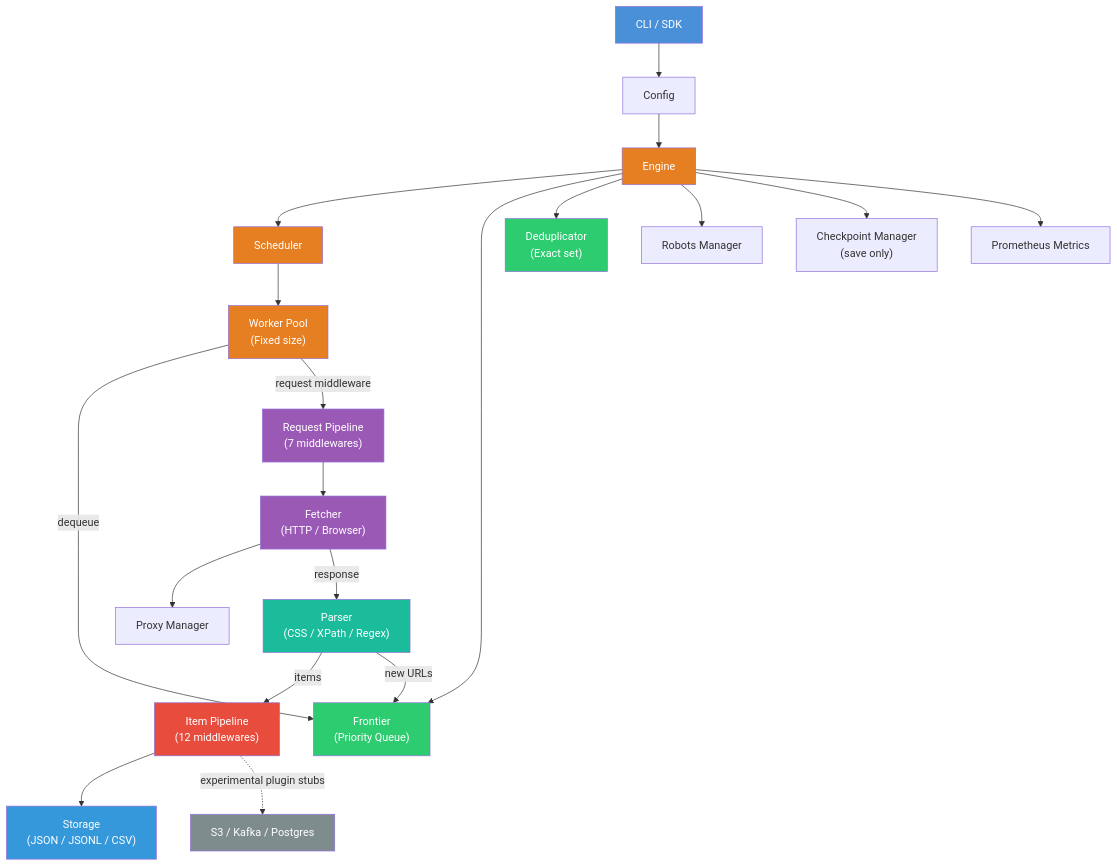
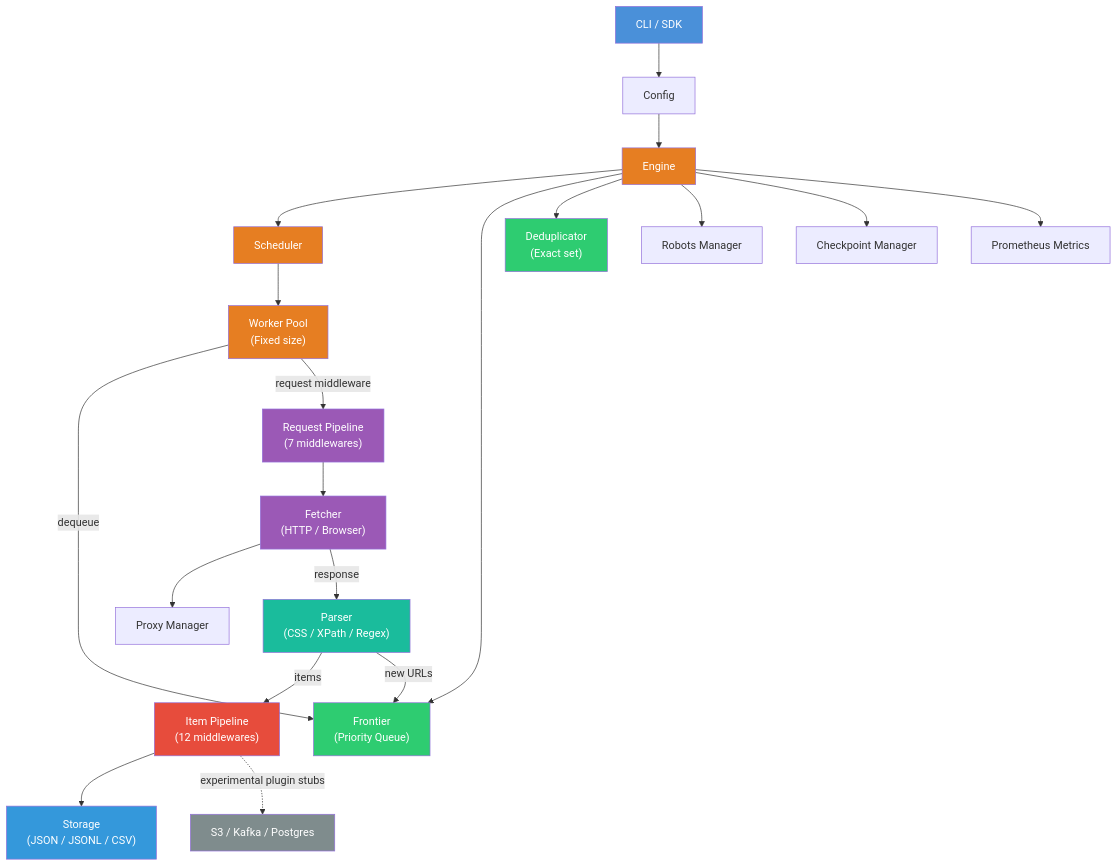
Before and after one commit to IshaanNene/ScrapeGoat: the diagram in README.md, drawn with Mermaid. The commit also changed other lines of this file and 6 other files, not shown here.

````diff
--- a/README.md
+++ b/README.md
@@ -69,34 +69,34 @@
 ```mermaid
 graph TD
     CLI["CLI / SDK"] --> CFG["Config"]
     CFG --> ENG["Engine"]
     ENG --> SCH["Scheduler"]
     ENG --> FRT["Frontier<br>(Priority Queue)"]
     ENG --> DDP["Deduplicator<br>(Exact set)"]
     ENG --> RBT["Robots Manager"]
-    ENG --> CHK["Checkpoint Manager<br>(save only)"]
+    ENG --> CHK["Checkpoint Manager"]
     ENG --> MET["Prometheus Metrics"]
     SCH --> WRK["Worker Pool<br>(Fixed size)"]
     WRK -->|"dequeue"| FRT
     WRK -->|"request middleware"| MID["Request Pipeline<br>(7 middlewares)"]
     MID --> FET["Fetcher<br>(HTTP / Browser)"]
     FET --> PXY["Proxy Manager"]
     FET -->|"response"| PAR["Parser<br>(CSS / XPath / Regex)"]
     PAR -->|"items"| PIP["Item Pipeline<br>(12 middlewares)"]
     PAR -->|"new URLs"| FRT
     PIP --> STR["Storage<br>(JSON / JSONL / CSV)"]
     PIP -. "experimental plugin stubs" .-> PLG["S3 / Kafka / Postgres"]
 
     style CLI fill:#4A90D9,color:#fff
     style ENG fill:#E67E22,color:#fff
     style SCH fill:#E67E22,color:#fff
     style WRK fill:#E67E22,color:#fff
     style FRT fill:#2ECC71,color:#fff
     style DDP fill:#2ECC71,color:#fff
     style MID fill:#9B59B6,color:#fff
     style FET fill:#9B59B6,color:#fff
     style PAR fill:#1ABC9C,color:#fff
     style PIP fill:#E74C3C,color:#fff
     style STR fill:#3498DB,color:#fff
     style PLG fill:#7F8C8D,color:#fff
 ```
````
